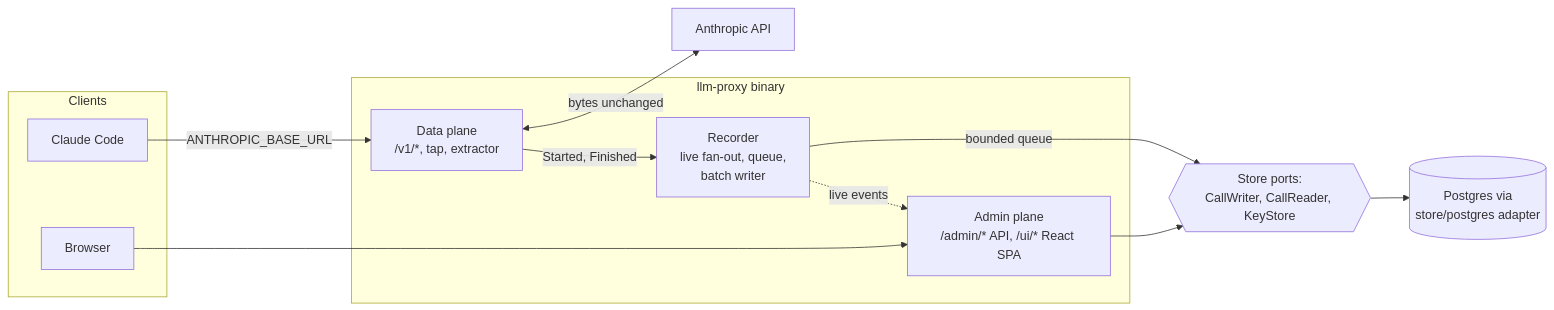
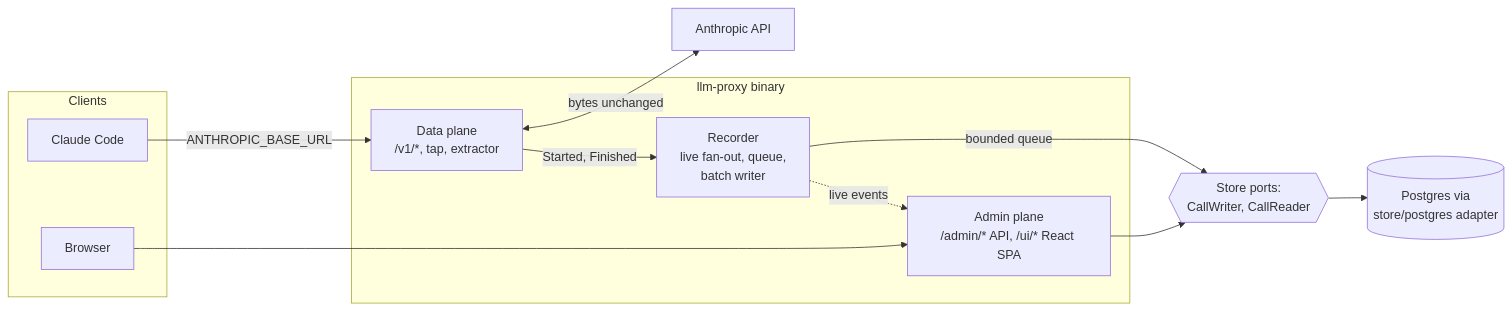
Before and after one commit to mtanzi/llm-proxy: the diagram in docs/architecture/README.md, drawn with Mermaid. The commit also changed other lines of this file and 5 other files, not shown here.

````diff
--- a/docs/architecture/README.md
+++ b/docs/architecture/README.md
@@ -23,24 +23,24 @@
 ```mermaid
 flowchart LR
     subgraph clients[Clients]
         cc[Claude Code]
         br[Browser]
     end
     subgraph bin[llm-proxy binary]
         dp[Data plane<br/>/v1/*, tap, extractor]
         rec[Recorder<br/>live fan-out, queue,<br/>batch writer]
         adm[Admin plane<br/>/admin/* API, /ui/* React SPA]
     end
     up[Anthropic API]
-    ports{{Store ports:<br/>CallWriter, CallReader, KeyStore}}
+    ports{{Store ports:<br/>CallWriter, CallReader}}
     pg[(Postgres via<br/>store/postgres adapter)]
 
     cc -->|ANTHROPIC_BASE_URL| dp
     dp <-->|bytes unchanged| up
     dp -->|Started, Finished| rec
     rec -->|bounded queue| ports
     br --> adm
     adm --> ports
     ports --> pg
     rec -.->|live events| adm
 ```
````
